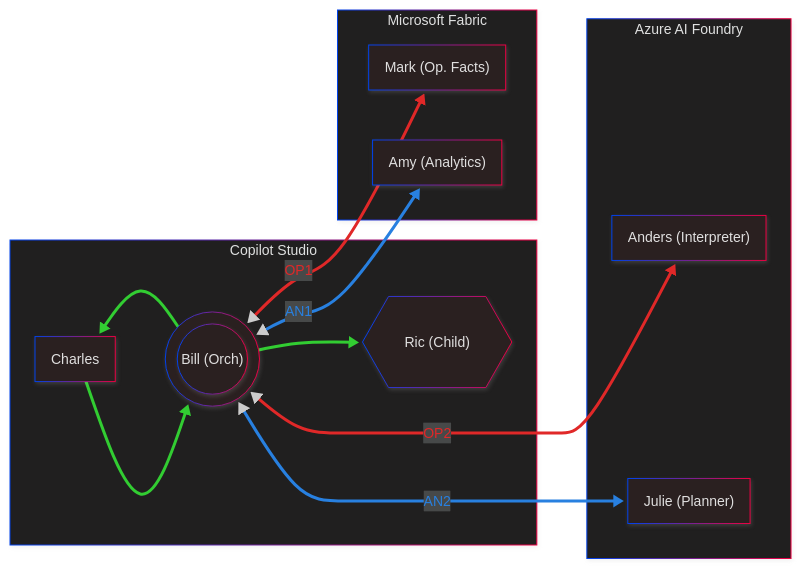
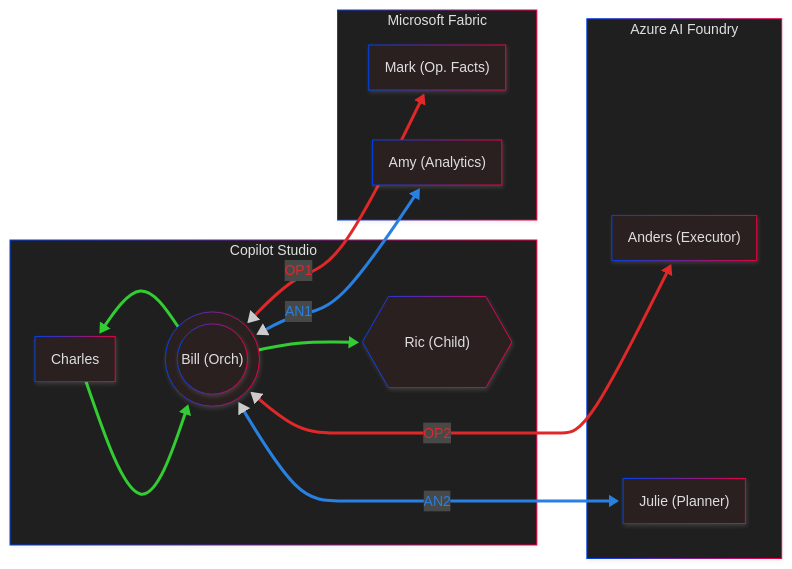
Before and after one commit to warnov/taller-multi-agentic: the diagram in README.md, drawn with Mermaid. The commit also changed other lines of this file and 17 other files, not shown here.

First line of the commit message:
feat: Implement Anders executor agent with OpenAPI integration

````diff
--- a/README.md
+++ b/README.md
@@ -54,39 +54,39 @@
 ``` mermaid
 ---
 config:
   look: neo
   theme: neo-dark
 ---
 flowchart LR
  subgraph CS["Copilot Studio"]
         Charles["Charles"]
         Bill((("Bill (Orch)")))
         Ric{{"Ric (Child)"}}
   end
  subgraph MF["Microsoft Fabric"]
         Jeffrey["Mark (Op. Facts)"]
         Amy["Amy (Analytics)"]
   end
  subgraph AF["Azure AI Foundry"]
-        Anders["Anders (Interpreter)"]
+        Anders["Anders (Executor)"]
         Julie["Julie (Planner)"]
   end
     MF ~~~ AF
     Charles L_Charles_Bill_0@--> Bill
     Bill L_Bill_Charles_0@--> Charles & Ric
     Bill <-- OP1 --> Jeffrey
     Bill <-- OP2 --> Anders
     Bill <-- AN1 --> Amy
     Bill <-- AN2 --> Julie
 
     linkStyle 1 stroke:#32CD32,stroke-width:3px,color:#32CD32,fill:none
     linkStyle 2 stroke:#32CD32,stroke-width:3px,color:#32CD32,fill:none
     linkStyle 3 stroke:#32CD32,stroke-width:3px,color:#32CD32,fill:none
     linkStyle 4 stroke:#E02828,stroke-width:3px,color:#E02828,fill:none
     linkStyle 5 stroke:#E02828,stroke-width:3px,color:#E02828,fill:none
     linkStyle 6 stroke:#2880E0,stroke-width:3px,color:#2880E0,fill:none
     linkStyle 7 stroke:#2880E0,stroke-width:3px,color:#2880E0,fill:none
 
     L_Charles_Bill_0@{ curve: natural } 
     L_Bill_Charles_0@{ curve: natural }
 ```
````
